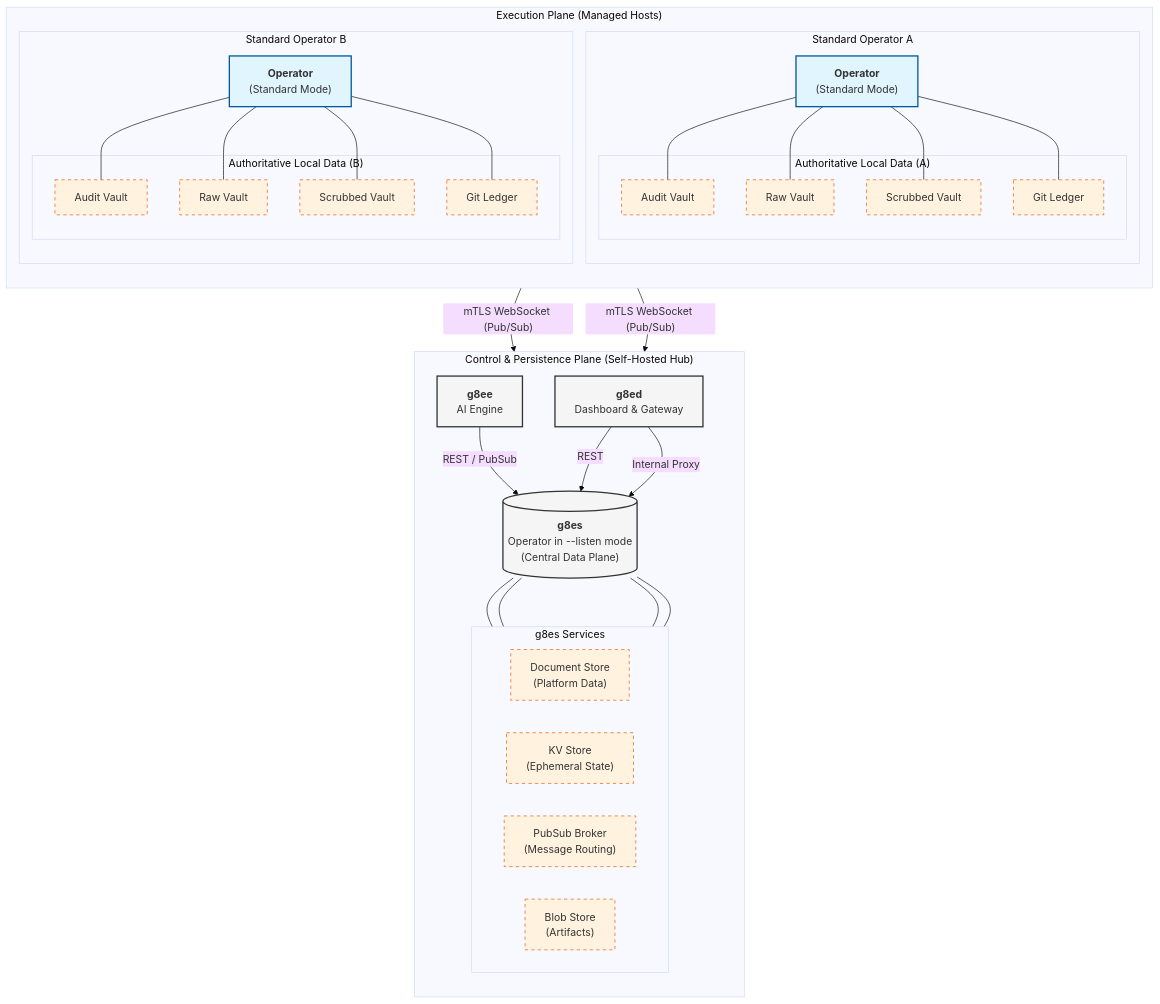
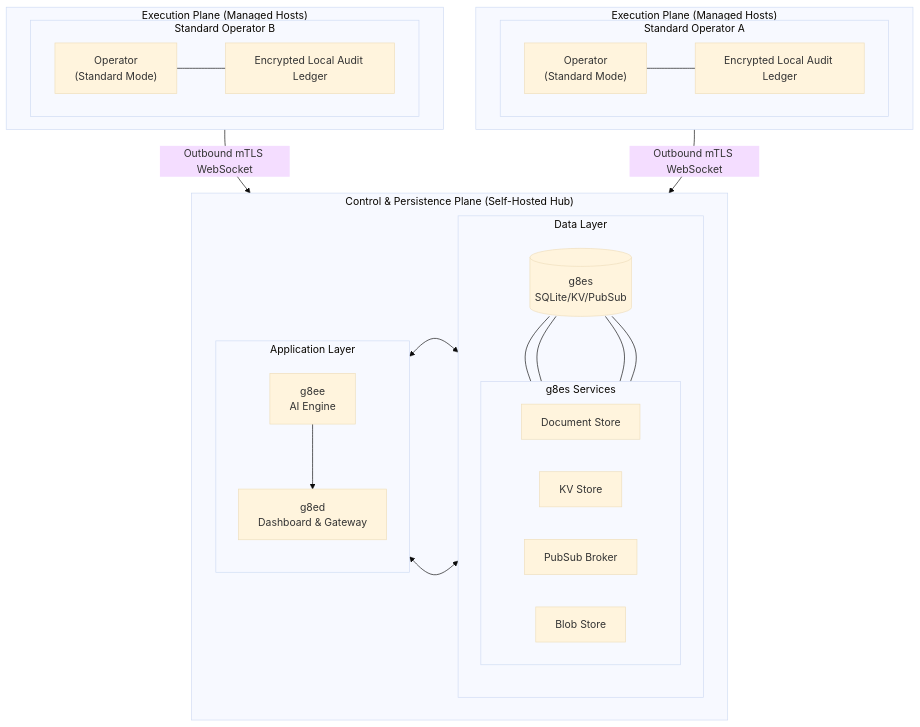
The diagram in docs/architecture/operator.md (g8e-ai/g8e), drawn with Mermaid (base theme) before and after one commit. The commit also changed 3 other files, not shown here.

````diff
--- a/docs/architecture/operator.md
+++ b/docs/architecture/operator.md
@@ -26,70 +26,48 @@
 ```mermaid
-graph TD
-    subgraph "Control & Persistence Plane (Self-Hosted Hub)"
-        direction TB
-        g8es[("<b>g8es</b><br/>Operator in --listen mode<br/>(Central Data Plane)")]
-        
-        subgraph "g8es Services"
-            direction LR
-            DS["Document Store<br/>(Platform Data)"]
-            KS["KV Store<br/>(Ephemeral State)"]
-            PS["PubSub Broker<br/>(Message Routing)"]
-            BS["Blob Store<br/>(Artifacts)"]
+flowchart TD
+    subgraph Hub ["Control & Persistence Plane (Self-Hosted Hub)"]
+        direction LR
+        subgraph App ["Application Layer"]
+            direction TB
+            g8ed["g8ed<br/>Dashboard & Gateway"]
+            g8ee["g8ee<br/>AI Engine"]
+            g8ee --> g8ed
         end
-        g8es --- DS
-        g8es --- KS
-        g8es --- PS
-        g8es --- BS
-        
-        g8ee["<b>g8ee</b><br/>AI Engine"]
-        g8ed["<b>g8ed</b><br/>Dashboard & Gateway"]
-        
-        g8ee -- "REST / PubSub" --> g8es
-        g8ed -- "REST" --> g8es
+
+        subgraph Data ["Data Layer"]
+            direction TB
+            g8es[("g8es<br/>SQLite/KV/PubSub")]
+            subgraph "g8es Services"
+                direction LR
+                DS["Document Store"]
+                KS["KV Store"]
+                PS["PubSub Broker"]
+                BS["Blob Store"]
+            end
+            g8es --- DS
+            g8es --- KS
+            g8es --- PS
+            g8es --- BS
+        end
+
+        g8ed <--> g8es
+        g8ee <--> g8es
     end
 
-    subgraph "Execution Plane (Managed Hosts)"
-        direction TB
-        subgraph "Standard Operator A"
-            OPA["<b>Operator</b><br/>(Standard Mode)"]
-            subgraph "Authoritative Local Data (A)"
-                AVA["Audit Vault"]
-                RVA["Raw Vault"]
-                SVA["Scrubbed Vault"]
-                LGA["Git Ledger"]
-            end
-            OPA --- AVA
-            OPA --- RVA
-            OPA --- SVA
-            OPA --- LGA
-        end
-
-        subgraph "Standard Operator B"
-            OPB["<b>Operator</b><br/>(Standard Mode)"]
-            subgraph "Authoritative Local Data (B)"
-                AVB["Audit Vault"]
-                RVB["Raw Vault"]
-                SVB["Scrubbed Vault"]
-                LGB["Git Ledger"]
-            end
-            OPB --- AVB
-            OPB --- RVB
-            OPB --- SVB
-            OPB --- LGB
+    subgraph EP_A ["Execution Plane (Managed Hosts)"]
+        direction LR
+        subgraph OPA_Node ["Standard Operator A"]
+            OPA["Operator<br/>(Standard Mode)"] --- LGA["Encrypted Local Audit Ledger"]
         end
     end
 
-    %% Data Paths
-    OPA -- "mTLS WebSocket (Pub/Sub)" --> g8ed
-    OPB -- "mTLS WebSocket (Pub/Sub)" --> g8ed
-    g8ed -- "Internal Proxy" --> g8es
-    
-    %% Annotations
-    classDef hub fill:#f5f5f5,stroke:#333,stroke-width:2px;
-    classDef operator fill:#e1f5fe,stroke:#01579b,stroke-width:2px;
-    classDef storage fill:#fff3e0,stroke:#e65100,stroke-dasharray: 5 5;
-    
-    class g8es,g8ee,g8ed hub;
-    class OPA,OPB operator;
-    class DS,KS,PS,BS,AVA,RVA,SVA,LGA,AVB,RVB,SVB,LGB storage;
+    subgraph EP_B ["Execution Plane (Managed Hosts)"]
+        direction LR
+        subgraph OPB_Node ["Standard Operator B"]
+            OPB["Operator<br/>(Standard Mode)"] --- LGB["Encrypted Local Audit Ledger"]
+        end
+    end
+
+    OPA -- "Outbound mTLS WebSocket" --> g8ed
+    OPB -- "Outbound mTLS WebSocket" --> g8ed
 ```
````
